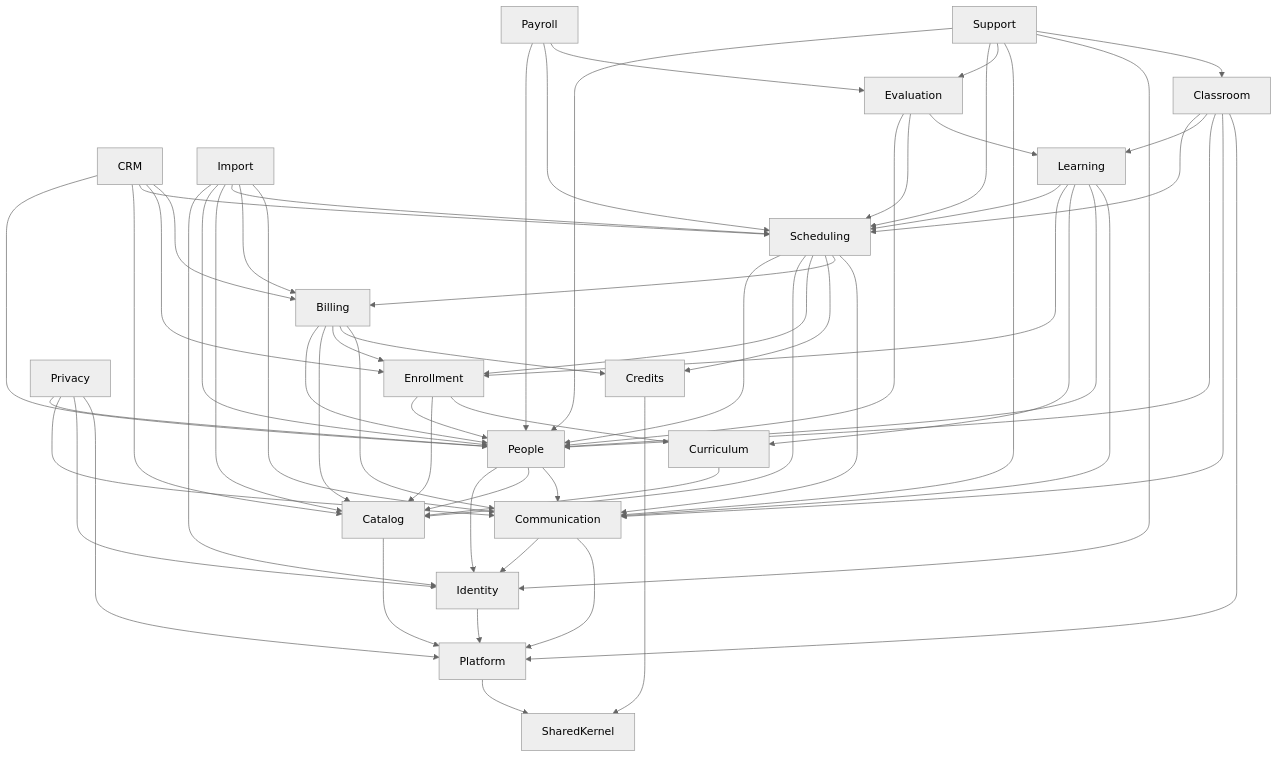
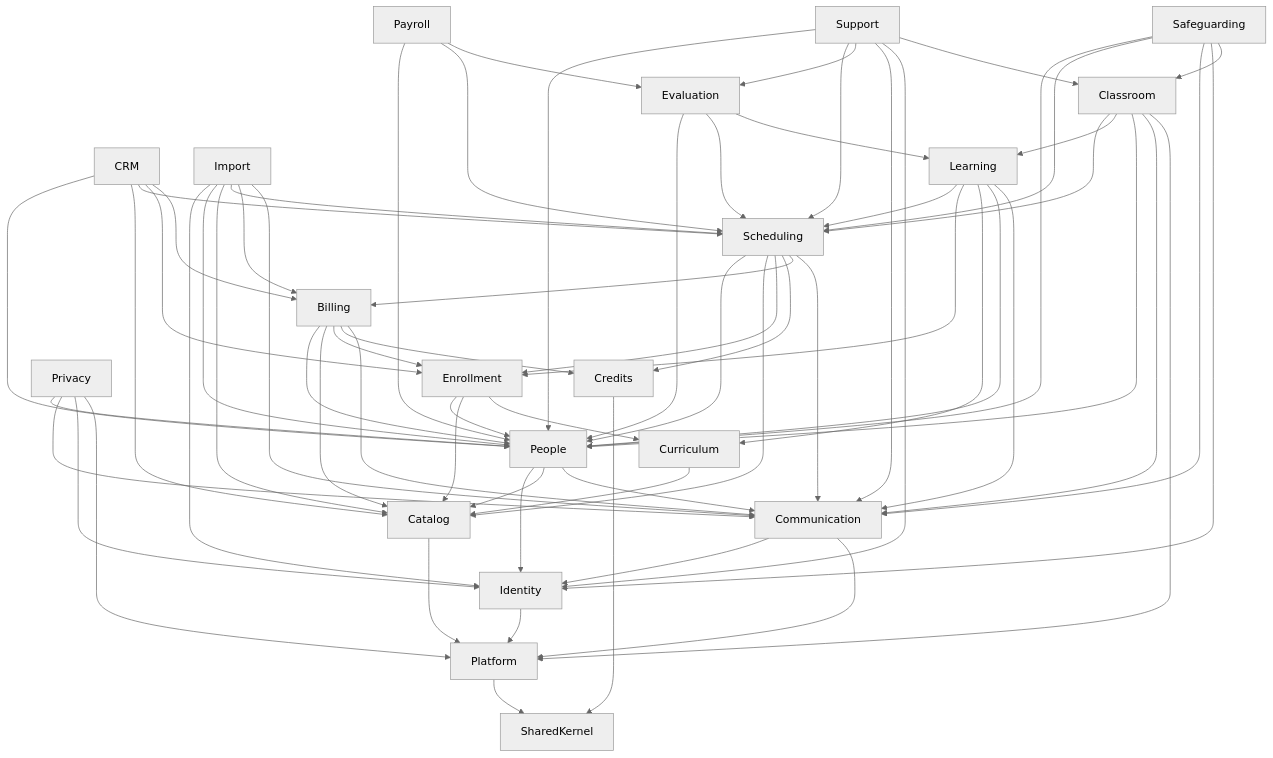
One commit to Mahmoud-Elgonidi/academy-lms changed the diagram in docs/architecture/04-design-patterns.md. Above: the diagram before and after it, drawn with Mermaid (neutral theme). The commit also changed other lines of this file and 181 other files, not shown here.

````diff
--- a/docs/architecture/04-design-patterns.md
+++ b/docs/architecture/04-design-patterns.md
@@ -50,21 +51,22 @@
 ```mermaid
 flowchart TD
     CRM --> People & Catalog & Scheduling & Enrollment & Billing
     Import --> Identity & People & Catalog & Scheduling & Billing & Communication
     Payroll --> People & Scheduling & Evaluation
     Evaluation --> People & Scheduling & Learning
     Support --> People & Scheduling & Evaluation & Communication & Identity & Classroom
     Privacy --> People & Communication & Identity & Platform
+    Safeguarding --> People & Scheduling & Communication & Identity & Classroom
     Learning --> Scheduling & Enrollment & Curriculum & People & Communication
     Billing --> People & Catalog & Enrollment & Credits & Communication
     Classroom --> Scheduling & Learning & People & Communication & Platform
     Scheduling --> People & Catalog & Enrollment & Credits & Billing & Communication
     Enrollment --> People & Catalog & Curriculum
     Curriculum --> Catalog
     People --> Identity & Catalog & Communication
     Communication --> Identity & Platform
     Identity --> Platform
     Catalog --> Platform
     Credits --> SharedKernel
     Platform --> SharedKernel
 ```
````
